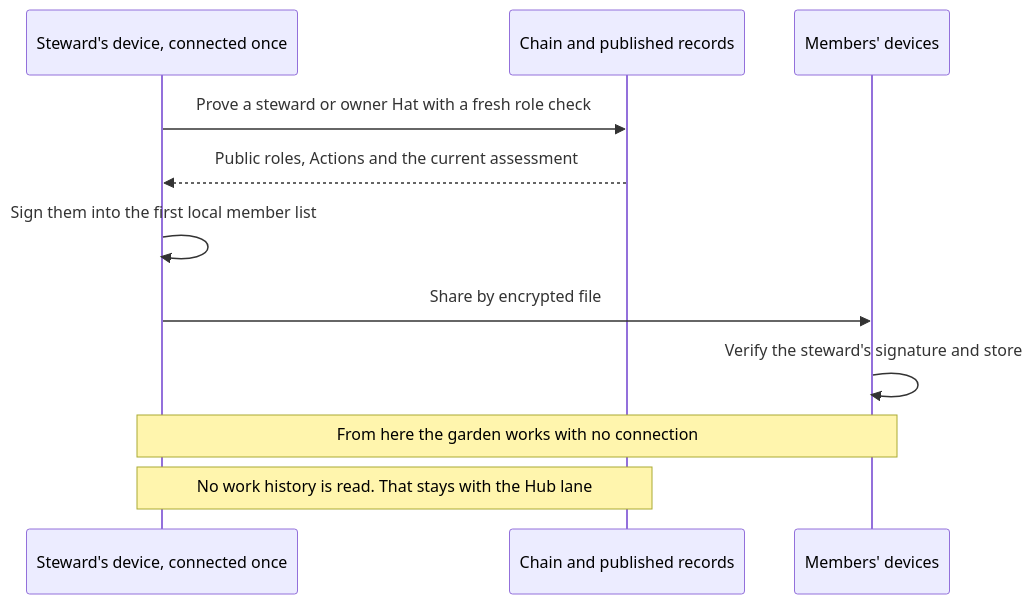
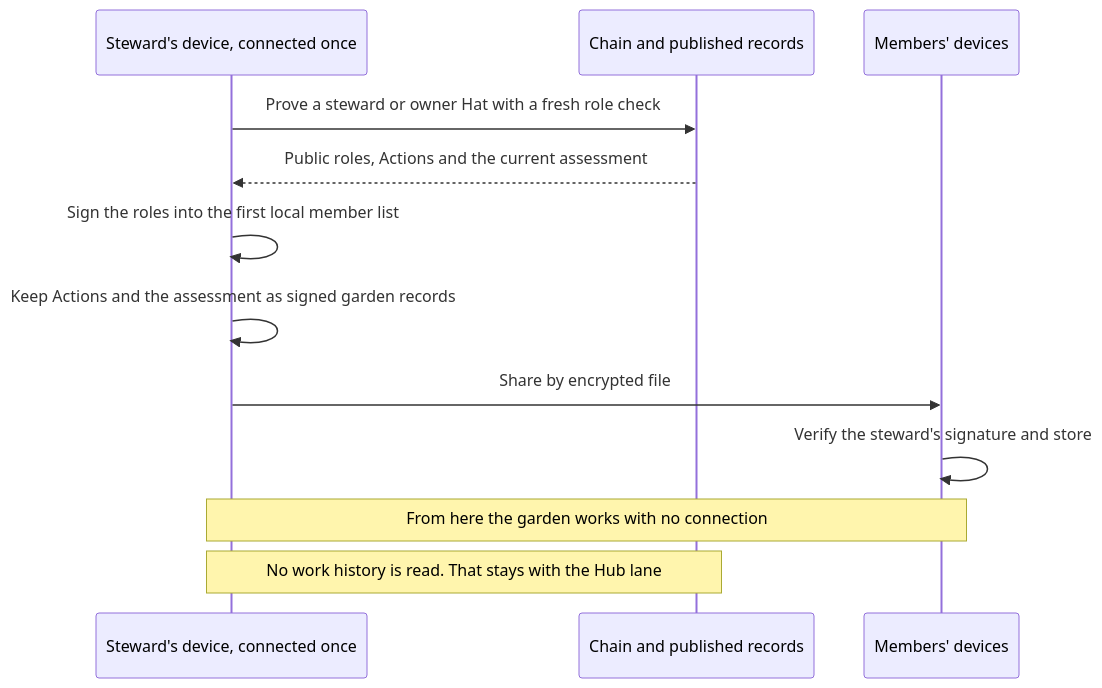
The ninth of 18 diagrams in .plans/ideas/grove/architecture-flows.md (greenpill-dev-guild/green-goods), drawn with Mermaid before and after one commit. The commit also changed 7 other files, not shown here.

````diff
--- a/.plans/ideas/grove/architecture-flows.md
+++ b/.plans/ideas/grove/architecture-flows.md
@@ -208,13 +208,14 @@
 ```mermaid
 sequenceDiagram
   participant S as Steward's device, connected once
   participant C as Chain and published records
   participant M as Members' devices
   S->>C: Prove a steward or owner Hat with a fresh role check
   C-->>S: Public roles, Actions and the current assessment
-  S->>S: Sign them into the first local member list
+  S->>S: Sign the roles into the first local member list
+  S->>S: Keep Actions and the assessment as signed garden records
   S->>M: Share by encrypted file
   M->>M: Verify the steward's signature and store
   Note over S,M: From here the garden works with no connection
   Note over S,C: No work history is read. That stays with the Hub lane
 ```
````
